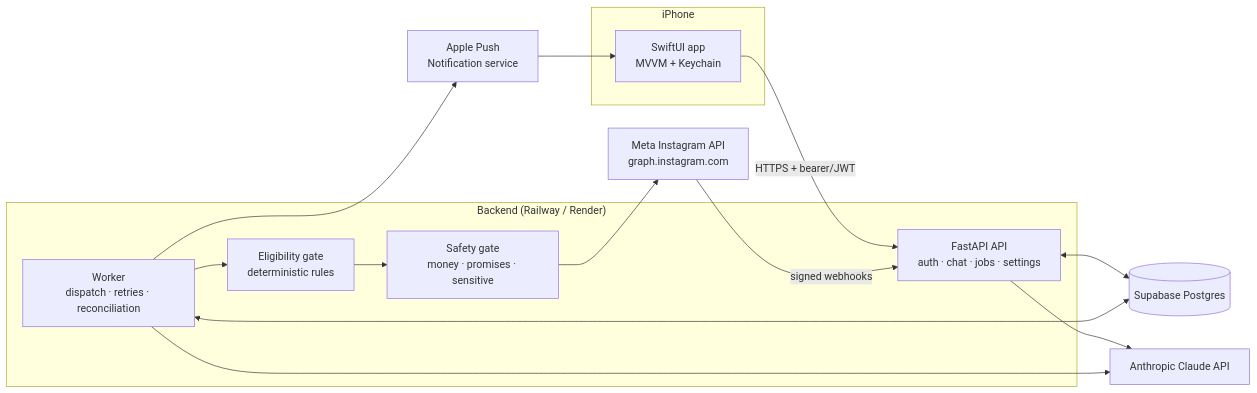
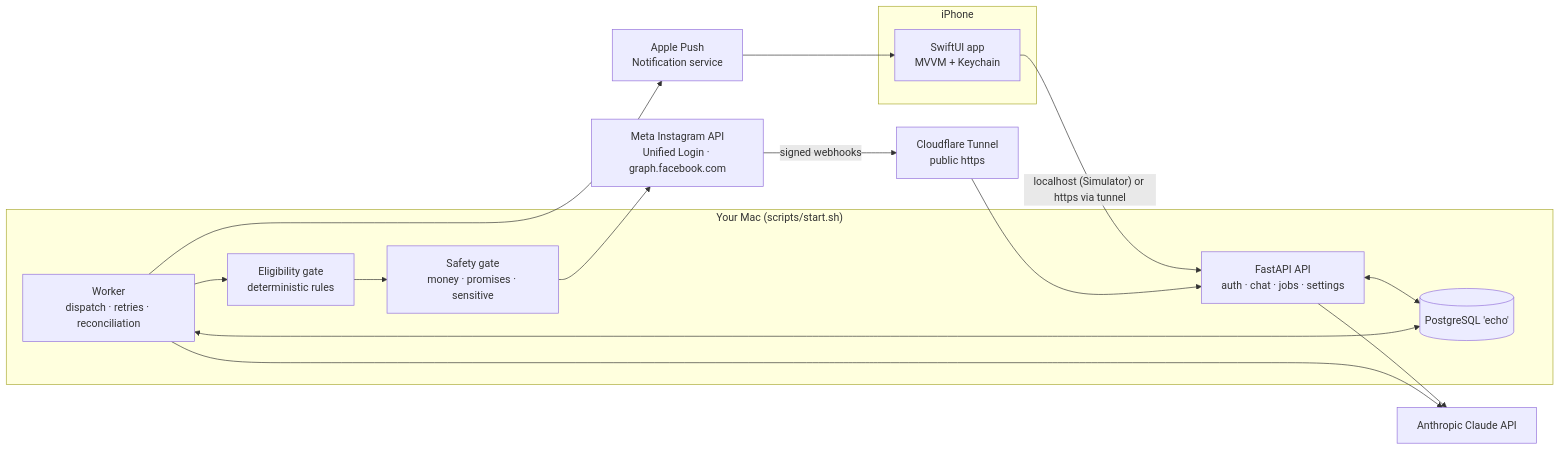
One commit to Akira5298/Instagram_Automation_Reply changed the diagram in docs/ARCHITECTURE.md. Above: the diagram before and after it, drawn with Mermaid. The commit also changed other lines of this file and 34 other files, not shown here.

Commit message:
Complete ECHO Phase 4 Instagram integration

````diff
--- a/docs/ARCHITECTURE.md
+++ b/docs/ARCHITECTURE.md
@@ -15,25 +15,26 @@
 ```mermaid
 flowchart LR
     subgraph iPhone
         A[SwiftUI app<br/>MVVM + Keychain]
     end
-    subgraph Backend["Backend (Railway / Render)"]
+    subgraph Mac["Your Mac (scripts/start.sh)"]
         B[FastAPI API<br/>auth · chat · jobs · settings]
         W[Worker<br/>dispatch · retries · reconciliation]
         G[Eligibility gate<br/>deterministic rules]
         S[Safety gate<br/>money · promises · sensitive]
+        DB[(PostgreSQL 'echo')]
     end
-    DB[(Supabase Postgres)]
+    T[Cloudflare Tunnel<br/>public https]
     C[Anthropic Claude API]
-    M[Meta Instagram API<br/>graph.instagram.com]
+    M[Meta Instagram API<br/>Unified Login · graph.facebook.com]
     APNs[Apple Push<br/>Notification service]
 
-    A -- HTTPS + bearer/JWT --> B
+    A -- "localhost (Simulator) or https via tunnel" --> B
     B <--> DB
     W <--> DB
-    M -- signed webhooks --> B
+    M -- signed webhooks --> T --> B
     B --> C
     W --> C
     W --> G --> S --> M
     W --> APNs --> A
 ```
````
